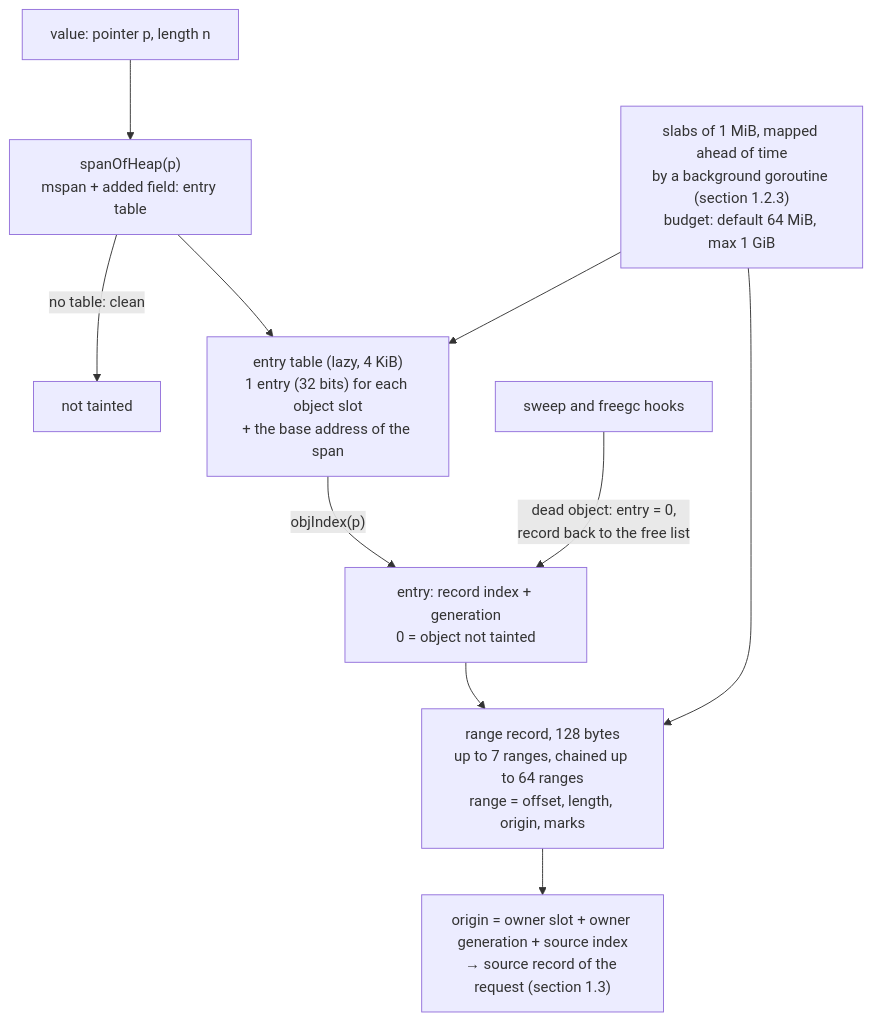
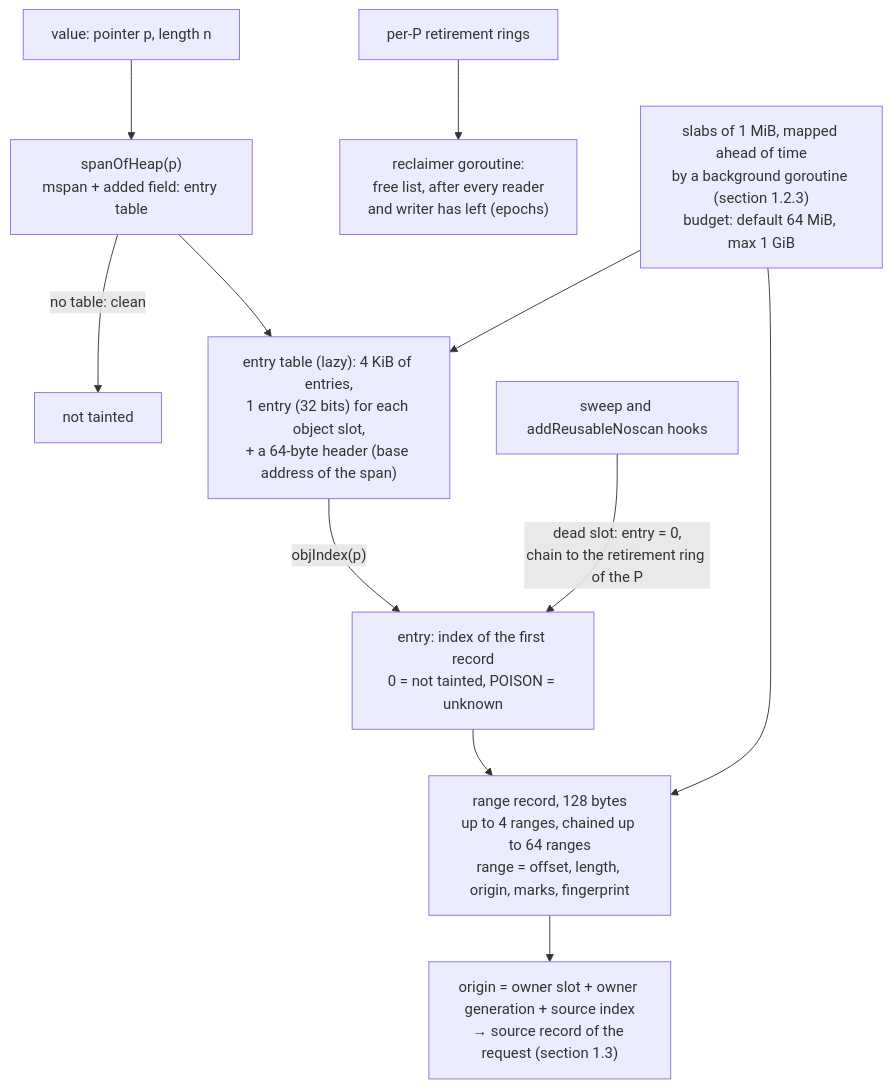
The second of 7 diagrams in _docs/design/taint-tracking-v0.md (DataDog/dd-iast-go), drawn with Mermaid before and after one commit. The commit also changed other lines of this file, not shown here.

First line of the commit message:
docs(design): v6 of the range records after the data model check

````diff
--- a/_docs/design/taint-tracking-v0.md
+++ b/_docs/design/taint-tracking-v0.md
@@ -163,12 +163,13 @@
 ```mermaid
 flowchart TB
   P["value: pointer p, length n"] --> SP["spanOfHeap(p)<br/>mspan + added field: entry table"]
   SP -- "no table: clean" --> CLEAN["not tainted"]
-  SP --> ET["entry table (lazy, 4 KiB)<br/>1 entry (32 bits) for each object slot<br/>+ the base address of the span"]
-  ET -- "objIndex(p)" --> E["entry: record index + generation<br/>0 = object not tainted"]
-  E --> R["range record, 128 bytes<br/>up to 7 ranges, chained up to 64 ranges<br/>range = offset, length, origin, marks"]
+  SP --> ET["entry table (lazy): 4 KiB of entries,<br/>1 entry (32 bits) for each object slot,<br/>+ a 64-byte header (base address of the span)"]
+  ET -- "objIndex(p)" --> E["entry: index of the first record<br/>0 = not tainted, POISON = unknown"]
+  E --> R["range record, 128 bytes<br/>up to 4 ranges, chained up to 64 ranges<br/>range = offset, length, origin, marks, fingerprint"]
   R --> O["origin = owner slot + owner generation + source index<br/>→ source record of the request (section 1.3)"]
-  SW["sweep and freegc hooks"] -- "dead object: entry = 0,<br/>record back to the free list" --> E
+  SW["sweep and addReusableNoscan hooks"] -- "dead slot: entry = 0,<br/>chain to the retirement ring of the P" --> E
+  RING["per-P retirement rings"] --> RC["reclaimer goroutine:<br/>free list, after every reader<br/>and writer has left (epochs)"]
   SLAB["slabs of 1 MiB, mapped ahead of time<br/>by a background goroutine (section 1.2.3)<br/>budget: default 64 MiB, max 1 GiB"] --> ET
   SLAB --> R
 ```
````
